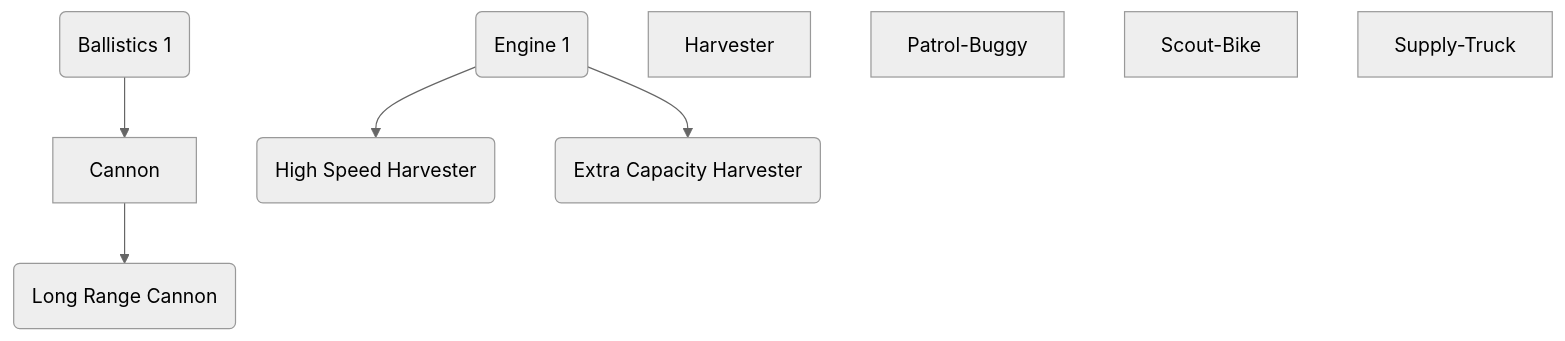
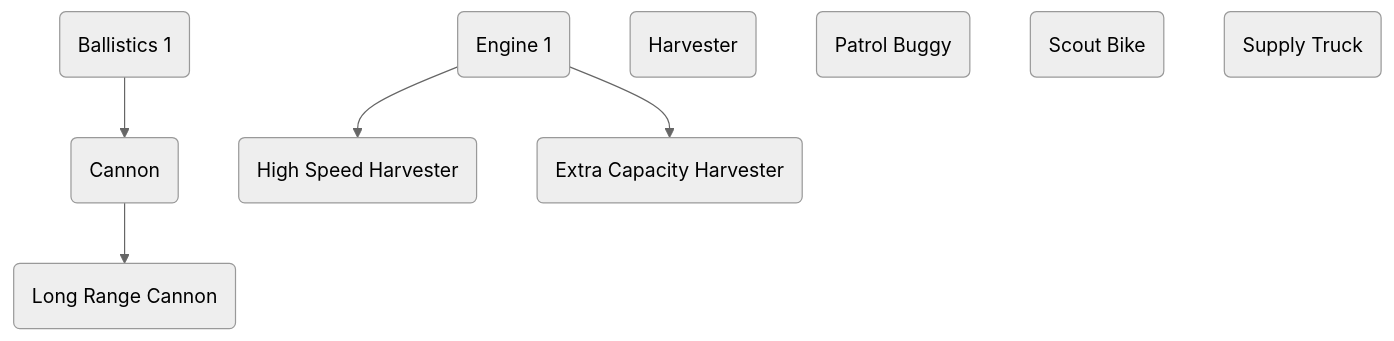
The diagram in README.md (wadcom/kisarra-docs), drawn with Mermaid (neutral theme) before and after one commit.

Commit message:
Changed the name convention

````diff
--- a/README.md
+++ b/README.md
@@ -185,13 +185,13 @@
 ```mermaid
 graph TD;
     ballistics-1(Ballistics 1);
-    ballistics-1-->Cannon;
-    Cannon-->Long-Range-Cannon(Long Range Cannon);
+    ballistics-1-->cannon(Cannon);
+    cannon-->long-range-cannon(Long Range Cannon);
     engine-1(Engine 1);
-    Harvester;
-    engine-1-->High-Speed-Harvester(High Speed Harvester);
-    engine-1-->Extra-Capacity-Harvester(Extra Capacity Harvester);
-    Patrol-Buggy;
-    Scout-Bike;
-    Supply-Truck;
+    harvester(Harvester);
+    engine-1-->high-speed-harvester(High Speed Harvester);
+    engine-1-->extra-capacity-harvester(Extra Capacity Harvester);
+    patrol-buggy(Patrol Buggy);
+    scout-bike(Scout Bike);
+    supply-truck(Supply Truck);
 ```
````
